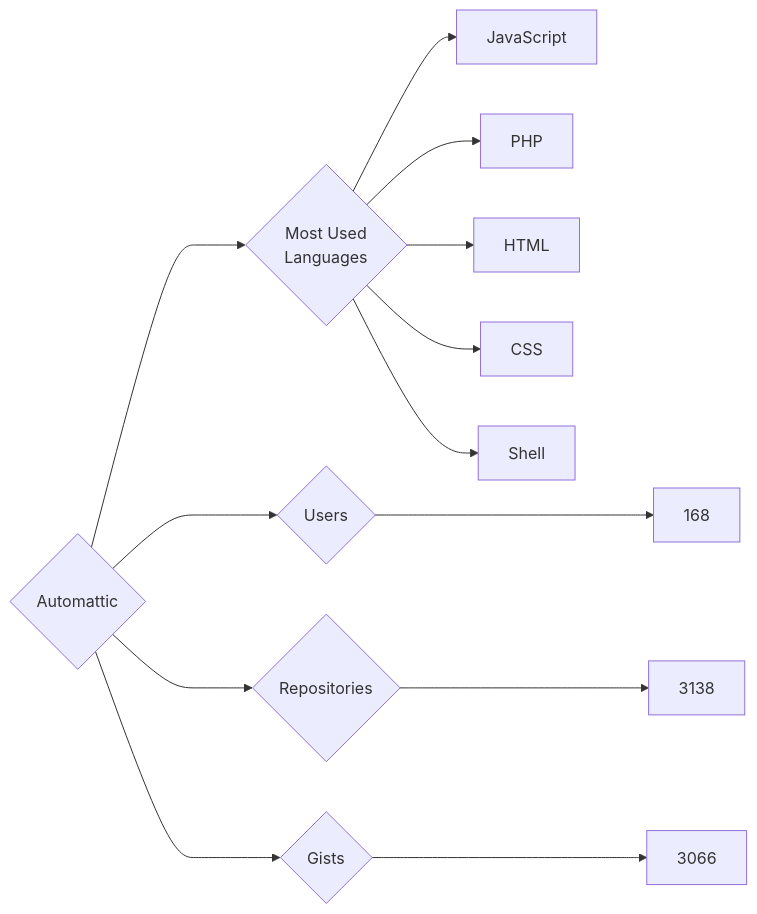
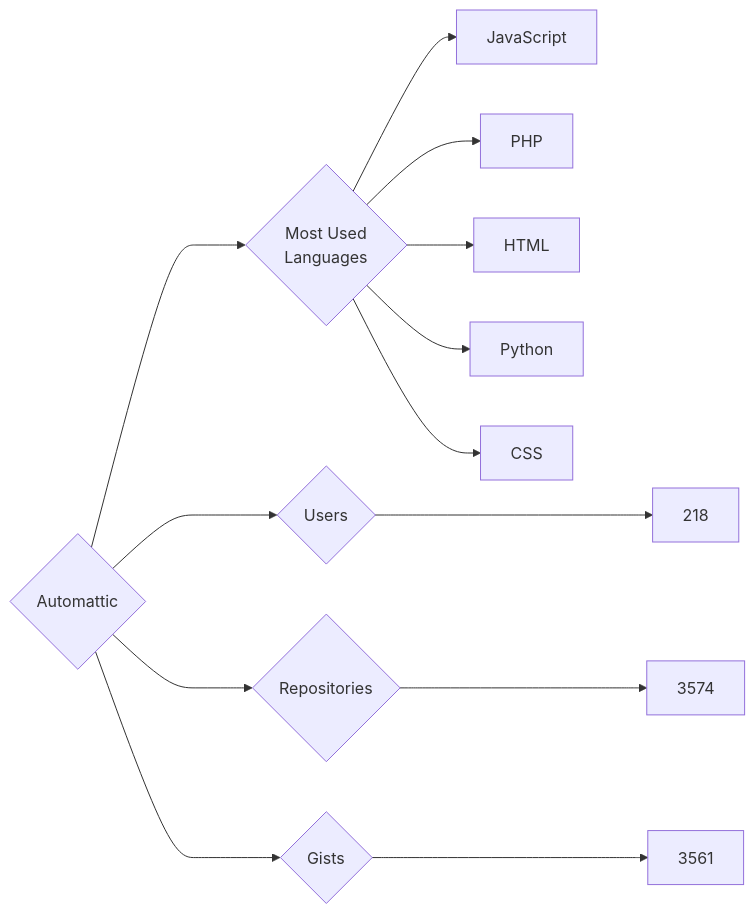
Before and after one commit to trickest/insiders: the diagram in targets/Automattic/README.md, drawn with Mermaid. The commit also changed 916 other files, not shown here.

````diff
--- a/targets/Automattic/README.md
+++ b/targets/Automattic/README.md
@@ -3,13 +3,13 @@
 ```mermaid
 graph LR
 COMPANY_NAME{Automattic}
-COMPANY_NAME ---> U{Users} ---> UN[168]
-COMPANY_NAME ---> R{Repositories} ---> RN[3138]
-COMPANY_NAME ---> G{Gists} ---> GN[3066]
+COMPANY_NAME ---> U{Users} ---> UN[218]
+COMPANY_NAME ---> R{Repositories} ---> RN[3574]
+COMPANY_NAME ---> G{Gists} ---> GN[3561]
 COMPANY_NAME ---> ML{Most Used<br>Languages}
 ML --> JavaScript[JavaScript]
 ML --> PHP[PHP]
 ML --> HTML[HTML]
+ML --> Python[Python]
 ML --> CSS[CSS]
-ML --> Shell[Shell]
 ```
````
